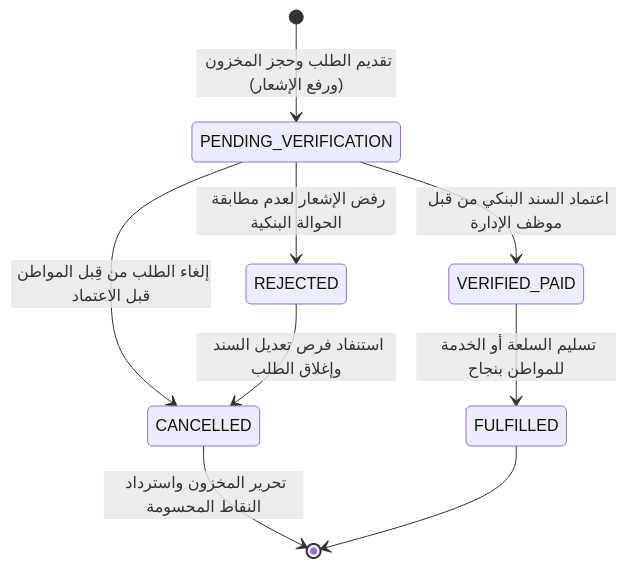
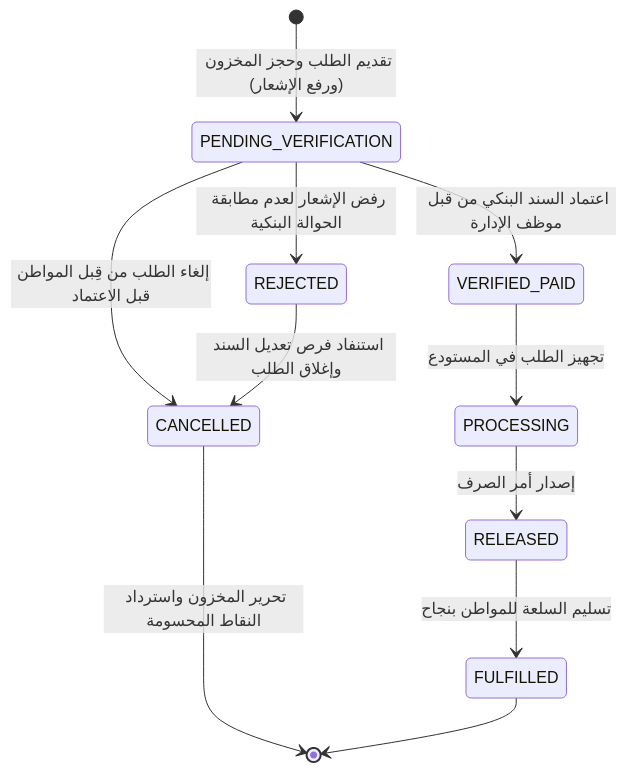
One commit to A-S-Y/Athar changed the second of 5 diagrams in docs/03-flows-and-logic/state-machines.md. Above: the diagram before and after it, drawn with Mermaid. The commit also changed other lines of this file and 21 other files, not shown here.

Commit message:
refactor: align full architecture, diagrams, and docs strictly with canonical operational blueprint

````diff
--- a/docs/03-flows-and-logic/state-machines.md
+++ b/docs/03-flows-and-logic/state-machines.md
@@ -55,16 +55,18 @@
 ```mermaid
 stateDiagram-v2
     [*] --> PENDING_VERIFICATION: تقديم الطلب وحجز المخزون (ورفع الإشعار)
 
     PENDING_VERIFICATION --> VERIFIED_PAID: اعتماد السند البنكي من قبل موظف الإدارة
     PENDING_VERIFICATION --> REJECTED: رفض الإشعار لعدم مطابقة الحوالة البنكية
     PENDING_VERIFICATION --> CANCELLED: إلغاء الطلب من قِبل المواطن قبل الاعتماد
 
     REJECTED --> CANCELLED: استنفاد فرص تعديل السند وإغلاق الطلب
 
     CANCELLED --> [*]: تحرير المخزون واسترداد النقاط المحسومة
 
-    VERIFIED_PAID --> FULFILLED: تسليم السلعة أو الخدمة للمواطن بنجاح
+    VERIFIED_PAID --> PROCESSING: تجهيز الطلب في المستودع
+    PROCESSING --> RELEASED: إصدار أمر الصرف
+    RELEASED --> FULFILLED: تسليم السلعة للمواطن بنجاح
     
     FULFILLED --> [*]
 ```
````
